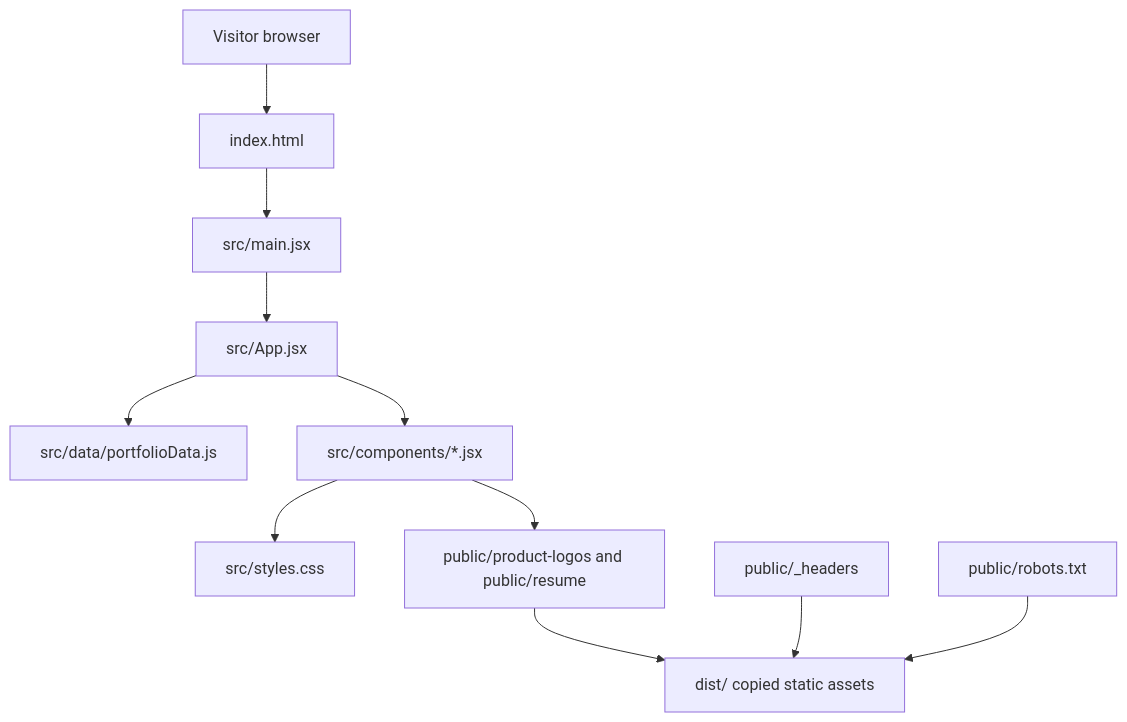
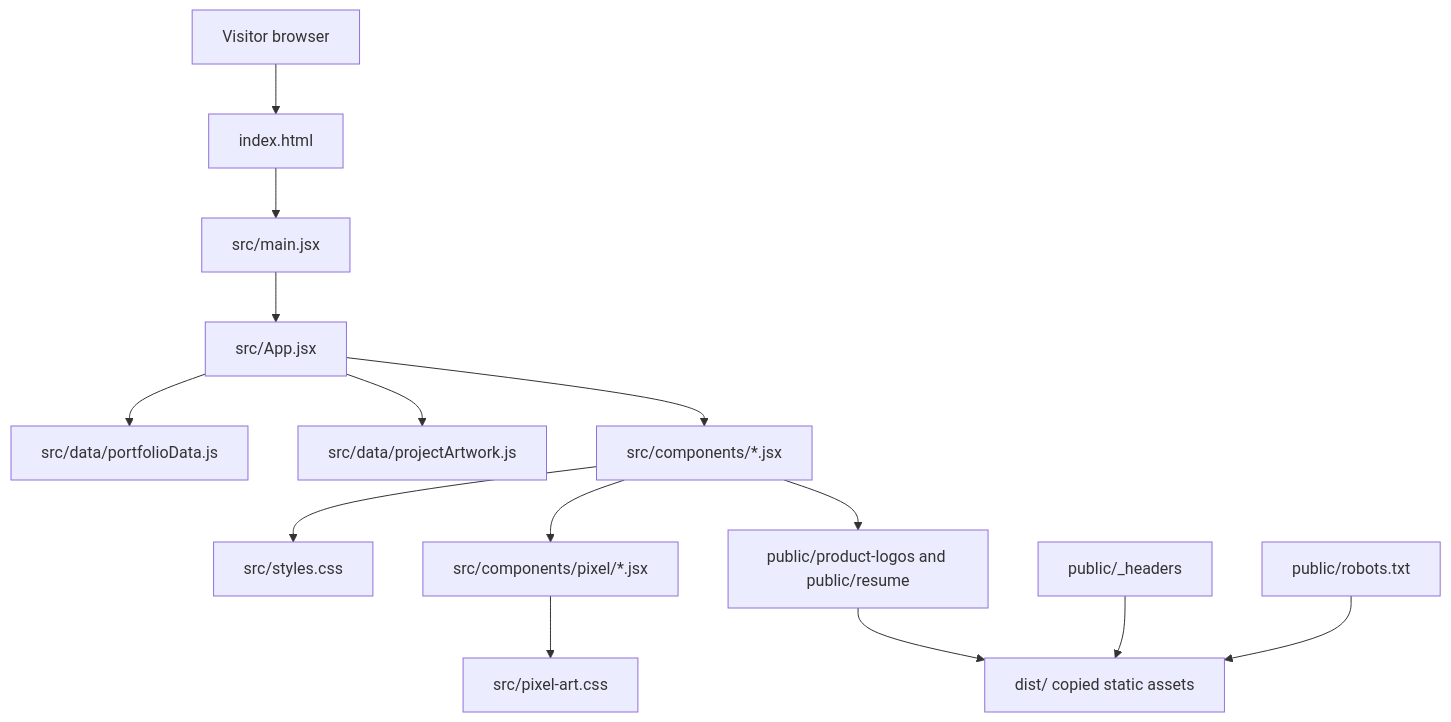
One commit to ShauryaDas924/Portfolio-Website changed the diagram in docs/ARCHITECTURE.md. Above: the diagram before and after it, drawn with Mermaid. The commit also changed other lines of this file and 26 other files, not shown here.

````diff
--- a/docs/ARCHITECTURE.md
+++ b/docs/ARCHITECTURE.md
@@ -9,13 +9,16 @@
 ```mermaid
 flowchart TD
   Visitor["Visitor browser"] --> HTML["index.html"]
   HTML --> ReactEntry["src/main.jsx"]
   ReactEntry --> App["src/App.jsx"]
   App --> Data["src/data/portfolioData.js"]
+  App --> ArtworkData["src/data/projectArtwork.js"]
   App --> Components["src/components/*.jsx"]
   Components --> Styles["src/styles.css"]
+  Components --> PixelComponents["src/components/pixel/*.jsx"]
+  PixelComponents --> PixelStyles["src/pixel-art.css"]
   Components --> PublicAssets["public/product-logos and public/resume"]
   PublicAssets --> Build["dist/ copied static assets"]
   Headers["public/_headers"] --> Build
   Robots["public/robots.txt"] --> Build
 ```
````
